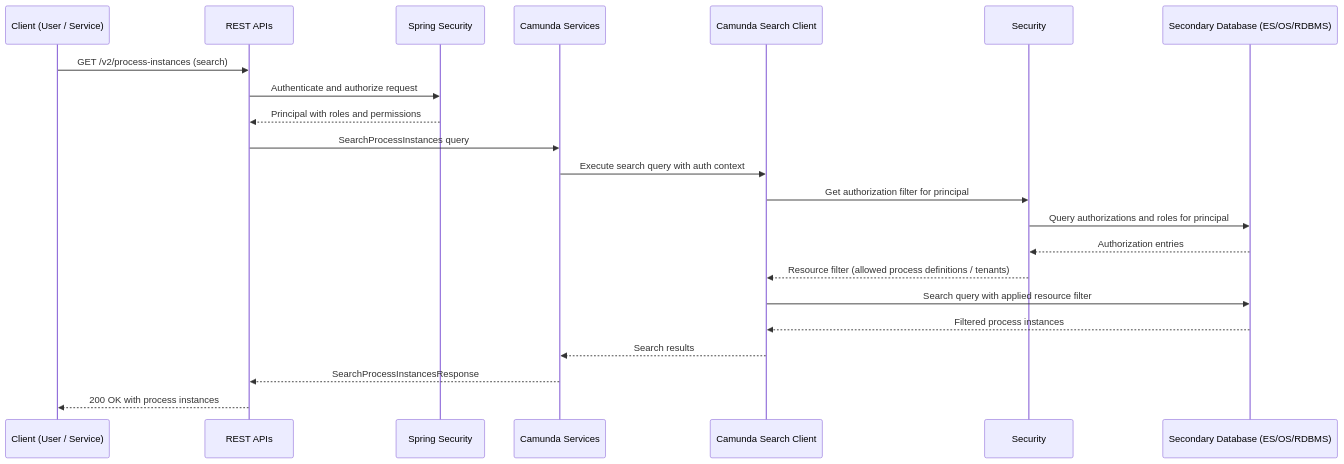
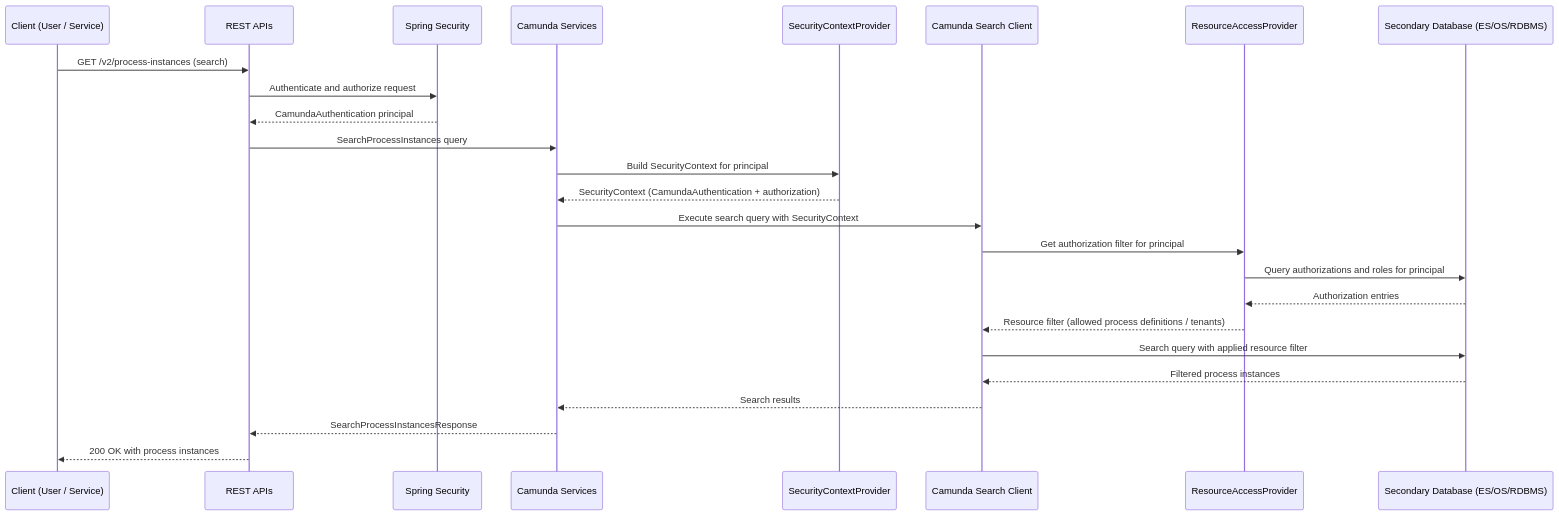
One commit to camunda/camunda changed diagram 12 of 13 in docs/identity/architecture-documentation.md. Above: the diagram before and after it, drawn with Mermaid. The commit also changed other lines of this file, not shown here.

Commit message:
docs: fix login/logout sequence diagrams and add class references to architecture diagrams

````diff
--- a/docs/identity/architecture-documentation.md
+++ b/docs/identity/architecture-documentation.md
@@ -553,25 +600,28 @@
 ```mermaid
 sequenceDiagram
   participant CLIENT as Client (User / Service)
   participant REST as REST APIs
   participant SS as Spring Security
   participant CAMUNDA_SERVICES as Camunda Services
+  participant SC_PROVIDER as SecurityContextProvider
   participant CAMUNDA_SEARCH_CLIENT as Camunda Search Client
-  participant SECURITY as Security
+  participant RESOURCE_ACCESS as ResourceAccessProvider
   participant SECONDARY_DB as Secondary Database (ES/OS/RDBMS)
 
   CLIENT->>REST: GET /v2/process-instances (search)
   REST->>SS: Authenticate and authorize request
-  SS-->>REST: Principal with roles and permissions
+  SS-->>REST: CamundaAuthentication principal
   REST->>CAMUNDA_SERVICES: SearchProcessInstances query
-  CAMUNDA_SERVICES->>CAMUNDA_SEARCH_CLIENT: Execute search query with auth context
-  CAMUNDA_SEARCH_CLIENT->>SECURITY: Get authorization filter for principal
-  SECURITY->>SECONDARY_DB: Query authorizations and roles for principal
-  SECONDARY_DB-->>SECURITY: Authorization entries
-  SECURITY-->>CAMUNDA_SEARCH_CLIENT: Resource filter (allowed process definitions / tenants)
+  CAMUNDA_SERVICES->>SC_PROVIDER: Build SecurityContext for principal
+  SC_PROVIDER-->>CAMUNDA_SERVICES: SecurityContext (CamundaAuthentication + authorization)
+  CAMUNDA_SERVICES->>CAMUNDA_SEARCH_CLIENT: Execute search query with SecurityContext
+  CAMUNDA_SEARCH_CLIENT->>RESOURCE_ACCESS: Get authorization filter for principal
+  RESOURCE_ACCESS->>SECONDARY_DB: Query authorizations and roles for principal
+  SECONDARY_DB-->>RESOURCE_ACCESS: Authorization entries
+  RESOURCE_ACCESS-->>CAMUNDA_SEARCH_CLIENT: Resource filter (allowed process definitions / tenants)
   CAMUNDA_SEARCH_CLIENT->>SECONDARY_DB: Search query with applied resource filter
   SECONDARY_DB-->>CAMUNDA_SEARCH_CLIENT: Filtered process instances
   CAMUNDA_SEARCH_CLIENT-->>CAMUNDA_SERVICES: Search results
   CAMUNDA_SERVICES-->>REST: SearchProcessInstancesResponse
   REST-->>CLIENT: 200 OK with process instances
 ```
````
